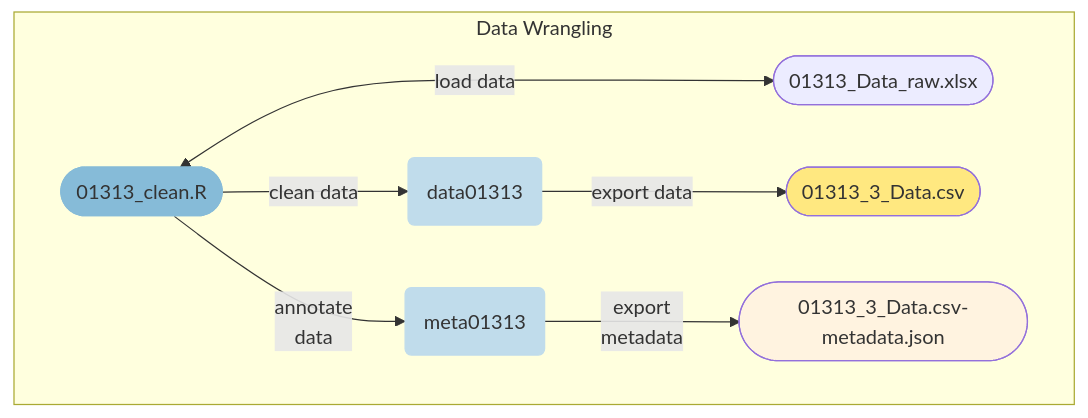
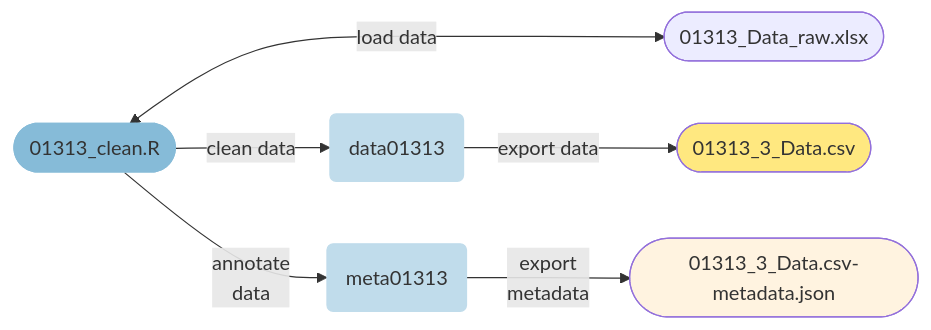
One commit to Stadt-Geschichte-Basel/sgb-figures changed the second of 4 diagrams in docs/workflow/index.qmd. Above: the diagram before and after it, drawn with Mermaid. The commit also changed other lines of this file, not shown here.

Commit message:
feat: remove subgraph elements from mermaid charts

````diff
--- a/docs/workflow/index.qmd
+++ b/docs/workflow/index.qmd
@@ -156,21 +156,17 @@
 ```{mermaid fig-cleaning}
 %%| label: fig-cleaning
 %%| fig-cap: The first steps include processing the raw data to produce an annotated dataset.
 
-flowchart
-    subgraph Data Wrangling
+flowchart LR
         clean_script <--->|load data| rawdata([01313_Data_raw.xlsx])
         clean_script([01313_clean.R]) -->|clean data| data01313(data01313)
         clean_script -->|annotate<br>data| meta01313(meta01313)
         data01313 -->|export data| csv01313([01313_3_Data.csv])
         meta01313 -->|export<br>metadata| json01313([01313_3_Data.csv-metadata.json])
-    end
 
     style csv01313 fill:#ffe880
     style json01313 fill:#fff3e0
     style clean_script fill:#86bbd8,stroke:#86bbd8
     style data01313 fill:#c0dceb,stroke:#c0dceb
     style meta01313 fill:#c0dceb,stroke:#c0dceb
-
-
 ```
````
